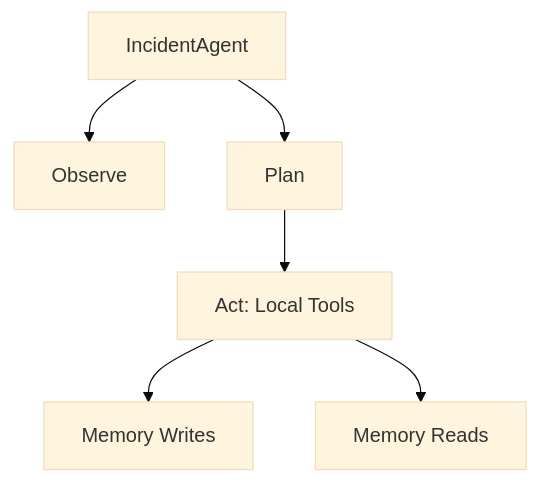
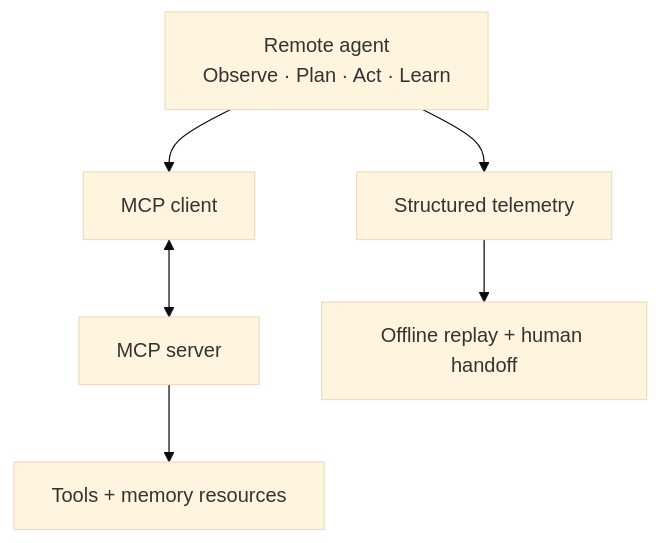
The diagram in capstones/week04_agentic_incident_command/README_week04_capstone.md (FranQuant/the-ai-engineer), drawn with Mermaid (base theme) before and after one commit. The commit also changed other lines of this file and 1 other file, not shown here.

````diff
--- a/capstones/week04_agentic_incident_command/README_week04_capstone.md
+++ b/capstones/week04_agentic_incident_command/README_week04_capstone.md
@@ -86,8 +27,8 @@
 ```mermaid
 flowchart TD
-    IA["IncidentAgent"] --> OBS["Observe"]
-    IA --> PLAN["Plan"]
-    PLAN --> ACT["Act: Local Tools"]
-    ACT --> MEMW["Memory Writes"]
-    ACT --> MEMR["Memory Reads"]
+    A["Remote agent<br/>Observe · Plan · Act · Learn"] --> B["MCP client"]
+    B <--> C["MCP server"]
+    C --> D["Tools + memory resources"]
+    A --> E["Structured telemetry"]
+    E --> F["Offline replay + human handoff"]
 ```
````
